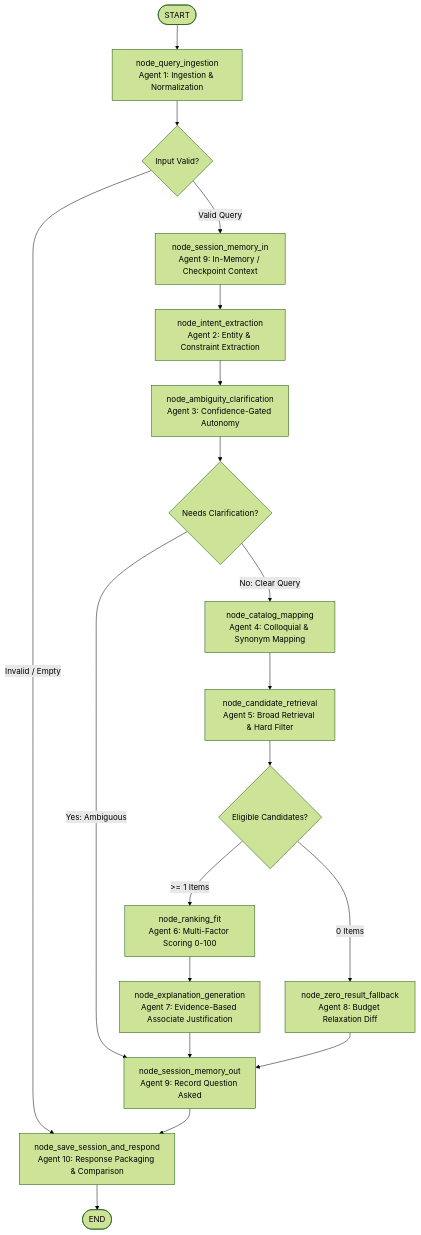
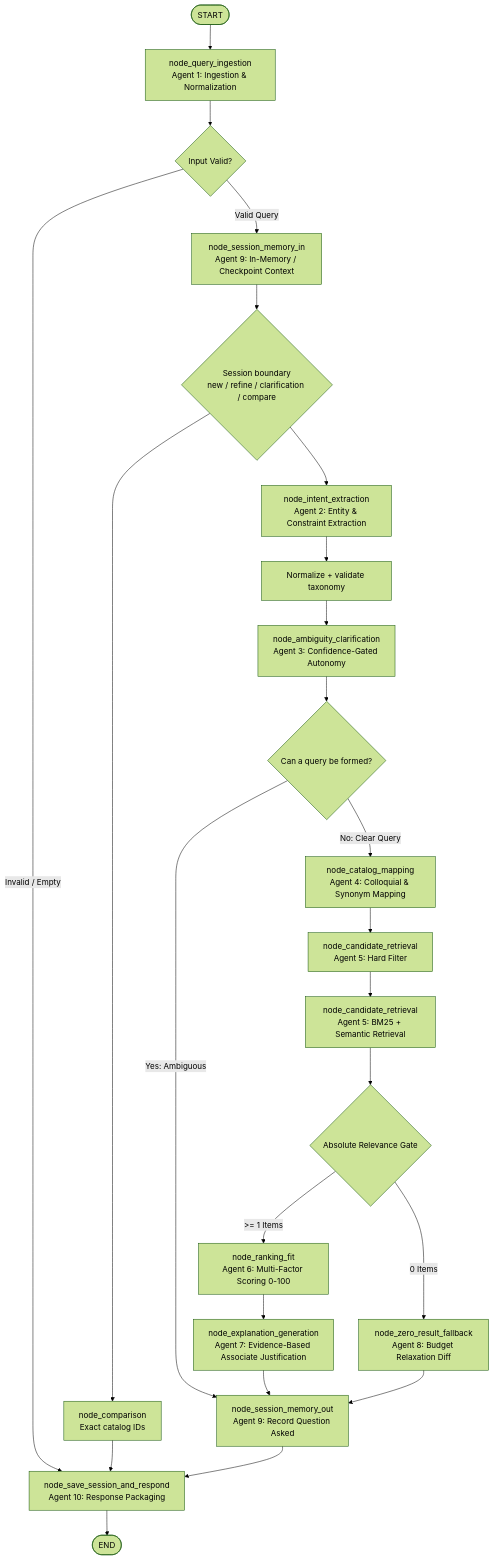
One commit to SejalChaudhari132005/SHOPsense changed the diagram in docs/architecture.md. Above: the diagram before and after it, drawn with Mermaid (forest theme). The commit also changed other lines of this file and 37 other files, not shown here.

````diff
--- a/docs/architecture.md
+++ b/docs/architecture.md
@@ -21,28 +21,33 @@
 ```mermaid
 graph TD
     Start([START]) --> N1[node_query_ingestion<br>Agent 1: Ingestion & Normalization]
     
     N1 --> CondIngest{Input Valid?}
     CondIngest -- Invalid / Empty --> N11[node_save_session_and_respond<br>Agent 10: Error Response]
     CondIngest -- Valid Query --> N2[node_session_memory_in<br>Agent 9: In-Memory / Checkpoint Context]
     
-    N2 --> N3[node_intent_extraction<br>Agent 2: Entity & Constraint Extraction]
-    N3 --> N4[node_ambiguity_clarification<br>Agent 3: Confidence-Gated Autonomy]
+    N2 --> B{Session boundary<br>new / refine / clarification / compare}
+    B --> N3[node_intent_extraction<br>Agent 2: Entity & Constraint Extraction]
+    B --> C[node_comparison<br>Exact catalog IDs]
+    N3 --> V[Normalize + validate taxonomy]
+    V --> N4[node_ambiguity_clarification<br>Agent 3: Confidence-Gated Autonomy]
     
-    N4 --> CondClarify{Needs Clarification?}
+    N4 --> CondClarify{Can a query be formed?}
     CondClarify -- Yes: Ambiguous --> N10[node_session_memory_out<br>Agent 9: Record Question Asked]
     CondClarify -- No: Clear Query --> N5[node_catalog_mapping<br>Agent 4: Colloquial & Synonym Mapping]
     
-    N5 --> N6[node_candidate_retrieval<br>Agent 5: Broad Retrieval & Hard Filter]
+    N5 --> F[node_candidate_retrieval<br>Agent 5: Hard Filter]
+    F --> N6[node_candidate_retrieval<br>Agent 5: BM25 + Semantic Retrieval]
     
-    N6 --> CondRetrieve{Eligible Candidates?}
-    CondRetrieve -- 0 Items --> N7[node_zero_result_fallback<br>Agent 8: Budget Relaxation Diff]
-    CondRetrieve -- >= 1 Items --> N8[node_ranking_fit<br>Agent 6: Multi-Factor Scoring 0-100]
+    N6 --> R{Absolute Relevance Gate}
+    R -- 0 Items --> N7[node_zero_result_fallback<br>Agent 8: Budget Relaxation Diff]
+    R -- >= 1 Items --> N8[node_ranking_fit<br>Agent 6: Multi-Factor Scoring 0-100]
     
     N8 --> N9[node_explanation_generation<br>Agent 7: Evidence-Based Associate Justification]
     N9 --> N10
     N7 --> N10
     
-    N10 --> N11[node_save_session_and_respond<br>Agent 10: Response Packaging & Comparison]
+    C --> N11[node_save_session_and_respond<br>Agent 10: Response Packaging]
+    N10 --> N11
     N11 --> EndNode([END])
 ```
````
